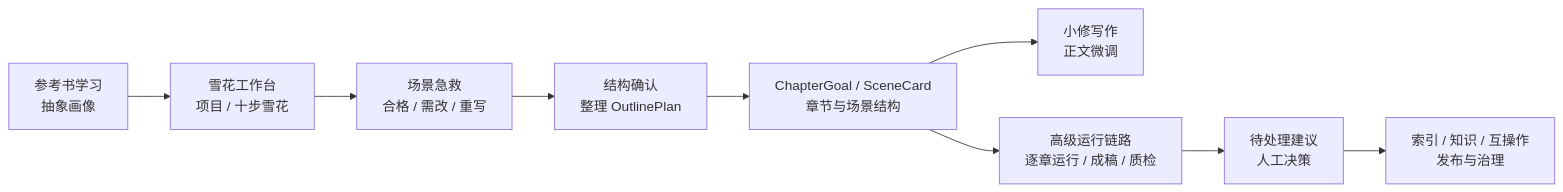
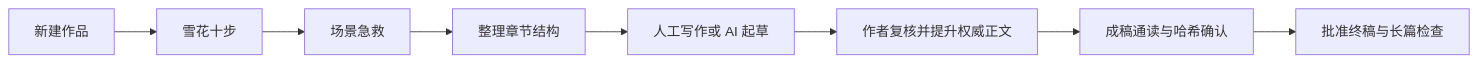
The diagram in docs/operator-manual.md (cocododo-dv/xiaoshuo), drawn with Mermaid before and after one commit. The commit also changed other lines of this file and 265 other files, not shown here.

````diff
--- a/docs/operator-manual.md
+++ b/docs/operator-manual.md
@@ -24,11 +69,10 @@
 ```mermaid
 flowchart LR
-    A["雪花工作台<br/>项目 / 十步雪花"] --> B["场景急救<br/>合格 / 需改 / 重写"]
-    B --> C["结构确认<br/>整理 OutlinePlan"]
-    C --> D["ChapterGoal / SceneCard<br/>章节与场景结构"]
-    E["参考书学习<br/>抽象画像"] --> A
-    D --> F["小修写作<br/>正文微调"]
-    D --> G["高级运行链路<br/>逐章运行 / 成稿 / 质检"]
-    G --> H["待处理建议<br/>人工决策"]
-    H --> I["索引 / 知识 / 互操作<br/>发布与治理"]
+    A["新建作品"] --> B["雪花十步"]
+    B --> C["场景急救"]
+    C --> D["整理章节结构"]
+    D --> E["人工写作或 AI 起草"]
+    E --> F["作者复核并提升权威正文"]
+    F --> G["成稿通读与哈希确认"]
+    G --> H["批准终稿与长篇检查"]
 ```
````
